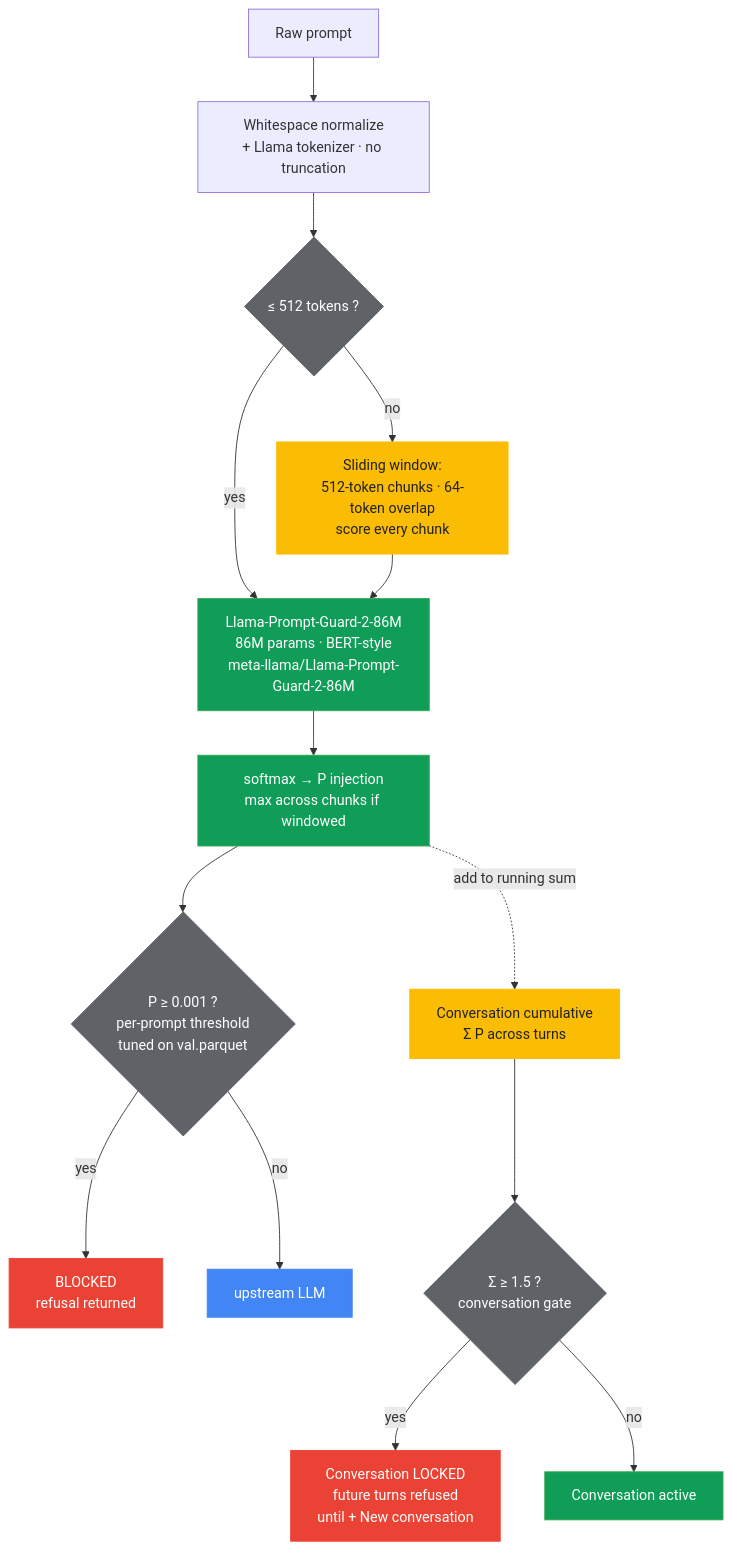
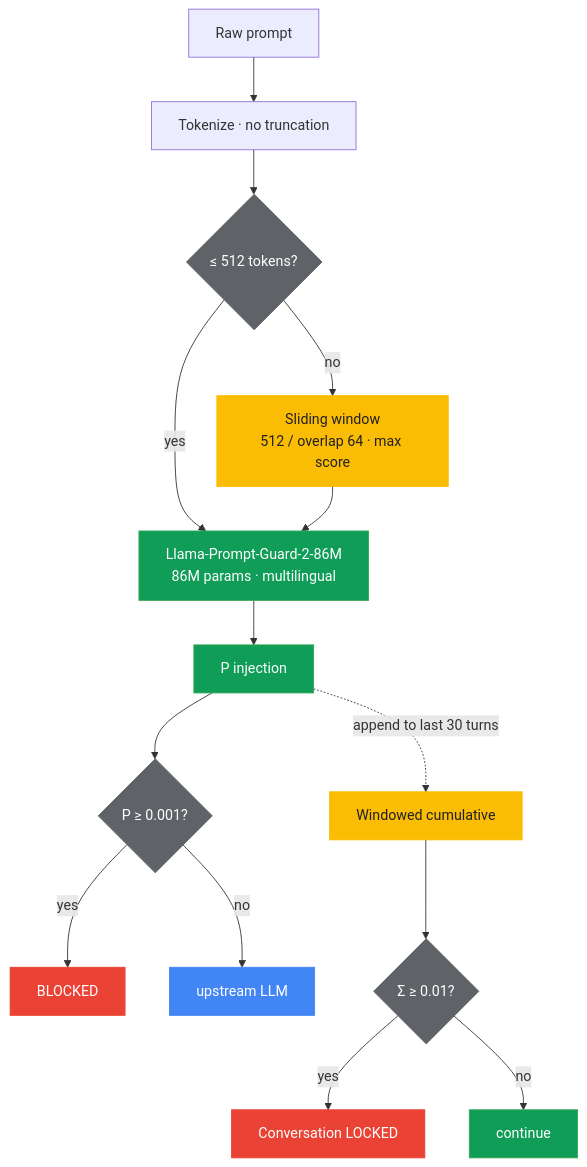
Before and after one commit to karimelmasry42/llm-firewall: the second of 2 diagrams in README.md, drawn with Mermaid. The commit also changed other lines of this file and 17 other files, not shown here.

First line of the commit message:
Cleanup: drop language router + single-prompt UI; switch conversation gate to windowed sum

````diff
--- a/README.md
+++ b/README.md
@@ -89,27 +80,27 @@
 ```mermaid
 flowchart TB
-    P[Raw prompt] --> N[Whitespace normalize<br/>+ Llama tokenizer · no truncation]
-    N --> SHORT{≤ 512 tokens ?}
-    SHORT -->|yes| M[Llama-Prompt-Guard-2-86M<br/>86M params · BERT-style<br/>meta-llama/Llama-Prompt-Guard-2-86M]
-    SHORT -->|no| W[Sliding window:<br/>512-token chunks · 64-token overlap<br/>score every chunk]
+    P[Raw prompt] --> N[Tokenize · no truncation]
+    N --> SHORT{≤ 512 tokens?}
+    SHORT -->|yes| M[Llama-Prompt-Guard-2-86M<br/>86M params · multilingual]
+    SHORT -->|no| W[Sliding window<br/>512 / overlap 64 · max score]
     W --> M
-    M --> S[softmax → P injection<br/>max across chunks if windowed]
-    S --> GP{P ≥ 0.001 ?<br/>per-prompt threshold<br/>tuned on val.parquet}
-    GP -->|yes| BL[BLOCKED<br/>refusal returned]
+    M --> S[P injection]
+    S --> GP{P ≥ 0.001?}
+    GP -->|yes| BL[BLOCKED]
     GP -->|no| UP[upstream LLM]
-    S -.->|add to running sum| CT[Conversation cumulative<br/>Σ P across turns]
-    CT --> GC{Σ ≥ 1.5 ?<br/>conversation gate}
-    GC -->|yes| LK[Conversation LOCKED<br/>future turns refused<br/>until + New conversation]
-    GC -->|no| AC[Conversation active]
+    S -.->|append to last 30 turns| CT[Windowed cumulative]
+    CT --> GC{Σ ≥ 0.01?}
+    GC -->|yes| LK[Conversation LOCKED]
+    GC -->|no| AC[continue]
     style M fill:#0f9d58,stroke:#34a853,color:#fff
     style S fill:#0f9d58,stroke:#34a853,color:#fff
     style BL fill:#ea4335,stroke:#ea4335,color:#fff
     style LK fill:#ea4335,stroke:#ea4335,color:#fff
     style UP fill:#4285f4,stroke:#4285f4,color:#fff
     style AC fill:#0f9d58,stroke:#34a853,color:#fff
     style CT fill:#fbbc04,stroke:#fbbc04,color:#202124
     style W fill:#fbbc04,stroke:#fbbc04,color:#202124
     style GP fill:#5f6368,stroke:#5f6368,color:#fff
     style GC fill:#5f6368,stroke:#5f6368,color:#fff
     style SHORT fill:#5f6368,stroke:#5f6368,color:#fff
 ```
````
